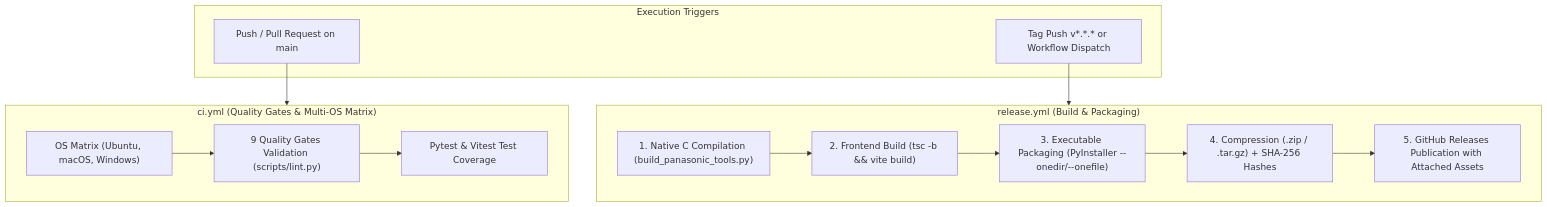
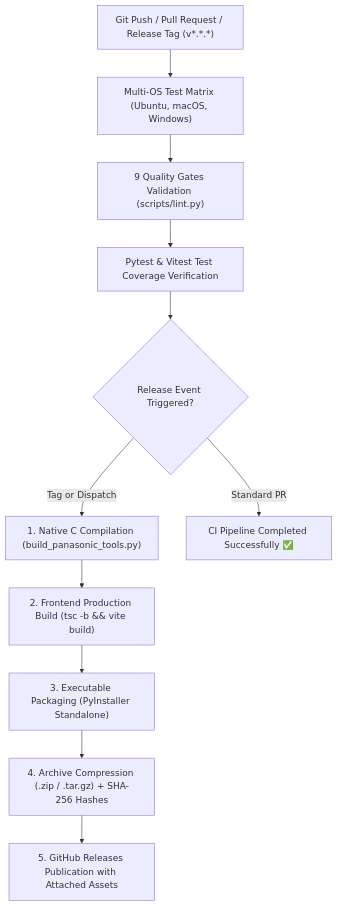
Before and after one commit to orgchrono/vhs-capture-scripts: the diagram in docs/RELEASE_AND_CI.md, drawn with Mermaid. The commit also changed other lines of this file and 13 other files, not shown here.

````diff
--- a/docs/RELEASE_AND_CI.md
+++ b/docs/RELEASE_AND_CI.md
@@ -19,30 +11,16 @@
 ```mermaid
 flowchart TD
-    subgraph Triggers ["Execution Triggers"]
-        Push_PR["Push / Pull Request on main"]
-        Tag_Release["Tag Push v*.*.* or Workflow Dispatch"]
-    end
-
-    subgraph CI ["ci.yml (Quality Gates & Multi-OS Matrix)"]
-        TestMatrix["OS Matrix (Ubuntu, macOS, Windows)"]
-        Lint_Gate["9 Quality Gates Validation (scripts/lint.py)"]
-        Coverage["Pytest & Vitest Test Coverage"]
-    end
-
-    subgraph Release ["release.yml (Build & Packaging)"]
-        Build_C["1. Native C Compilation (build_panasonic_tools.py)"]
-        Build_UI["2. Frontend Build (tsc -b && vite build)"]
-        PyInstaller["3. Executable Packaging (PyInstaller --onedir/--onefile)"]
-        Zip_Tar["4. Compression (.zip / .tar.gz) + SHA-256 Hashes"]
-        GH_Release["5. GitHub Releases Publication with Attached Assets"]
-    end
-
-    Push_PR --> CI
-    Tag_Release --> Release
-    TestMatrix --> Lint_Gate
-    Lint_Gate --> Coverage
-    Build_C --> Build_UI
-    Build_UI --> PyInstaller
-    PyInstaller --> Zip_Tar
-    Zip_Tar --> GH_Release
+    Trigger["Git Push / Pull Request / Release Tag (v*.*.*)"] --> Matrix["Multi-OS Test Matrix (Ubuntu, macOS, Windows)"]
+    Matrix --> LintGate["9 Quality Gates Validation (scripts/lint.py)"]
+    LintGate --> Coverage["Pytest & Vitest Test Coverage Verification"]
+    
+    Coverage --> ReleaseCheck{"Release Event Triggered?"}
+    
+    ReleaseCheck -->|"Tag or Dispatch"| BuildC["1. Native C Compilation (build_panasonic_tools.py)"]
+    BuildC --> BuildUI["2. Frontend Production Build (tsc -b && vite build)"]
+    BuildUI --> PyInstaller["3. Executable Packaging (PyInstaller Standalone)"]
+    PyInstaller --> Checksums["4. Archive Compression (.zip / .tar.gz) + SHA-256 Hashes"]
+    Checksums --> GHRelease["5. GitHub Releases Publication with Attached Assets"]
+    
+    ReleaseCheck -->|"Standard PR"| CIPass["CI Pipeline Completed Successfully ✅"]
 ```
````
